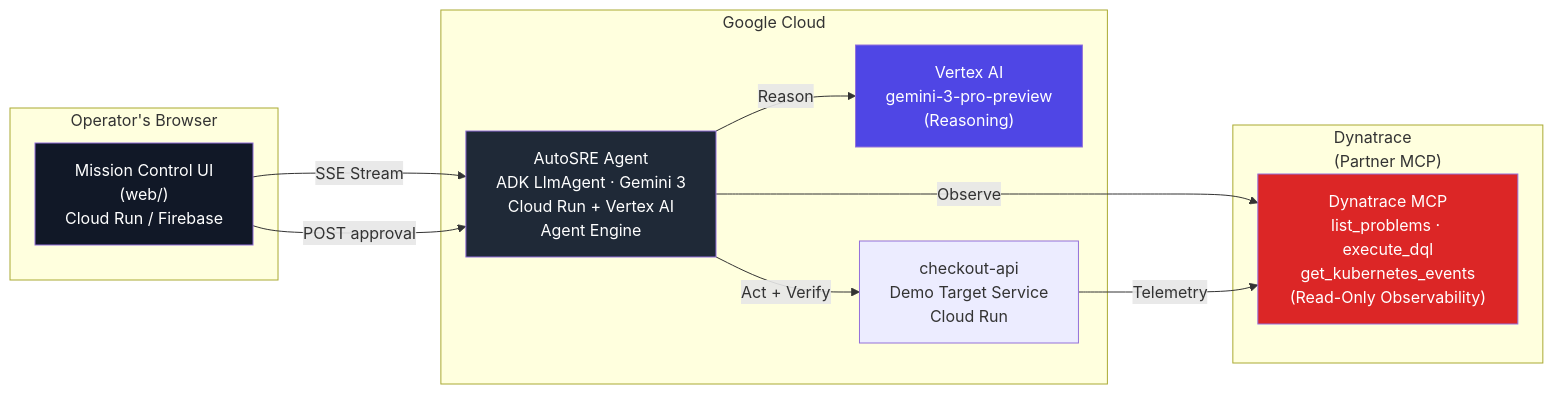
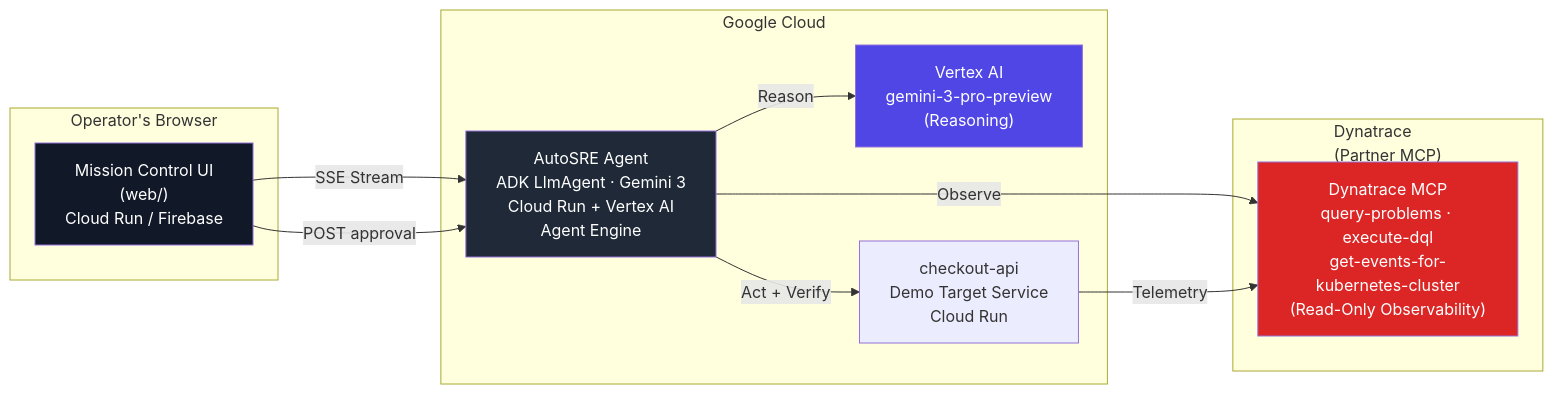
One commit to thylinao1/autosre changed the diagram in README.md. Above: the diagram before and after it, drawn with Mermaid. The commit also changed other lines of this file and 16 other files, not shown here.

First line of the commit message:
fix(dynatrace): align tool names to the real MCP gateway

````diff
--- a/README.md
+++ b/README.md
@@ -44,28 +44,28 @@
 ```mermaid
 graph LR
     subgraph browser["Operator's Browser"]
         UI["Mission Control UI<br/>(web/)<br/>Cloud Run / Firebase"]
     end
     
     subgraph gcp["Google Cloud"]
         AGENT["AutoSRE Agent<br/>ADK LlmAgent · Gemini 3<br/>Cloud Run + Vertex AI<br/>Agent Engine"]
         VERTEX["Vertex AI<br/>gemini-3-pro-preview<br/>(Reasoning)"]
         TARGET["checkout-api<br/>Demo Target Service<br/>Cloud Run"]
     end
     
     subgraph dt["Dynatrace<br/>(Partner MCP)"]
-        MCP["Dynatrace MCP<br/>list_problems · execute_dql<br/>get_kubernetes_events<br/>(Read-Only Observability)"]
+        MCP["Dynatrace MCP<br/>query-problems · execute-dql<br/>get-events-for-kubernetes-cluster<br/>(Read-Only Observability)"]
     end
     
     UI -->|SSE Stream| AGENT
     UI -->|POST approval| AGENT
     AGENT -->|Reason| VERTEX
     AGENT -->|Observe| MCP
     AGENT -->|Act + Verify| TARGET
     TARGET -->|Telemetry| MCP
     
     style AGENT fill:#1f2937,color:#fff
     style UI fill:#111827,color:#fff
     style VERTEX fill:#4f46e5,color:#fff
     style MCP fill:#dc2626,color:#fff
 ```
````
